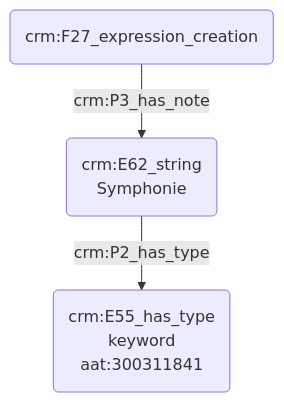
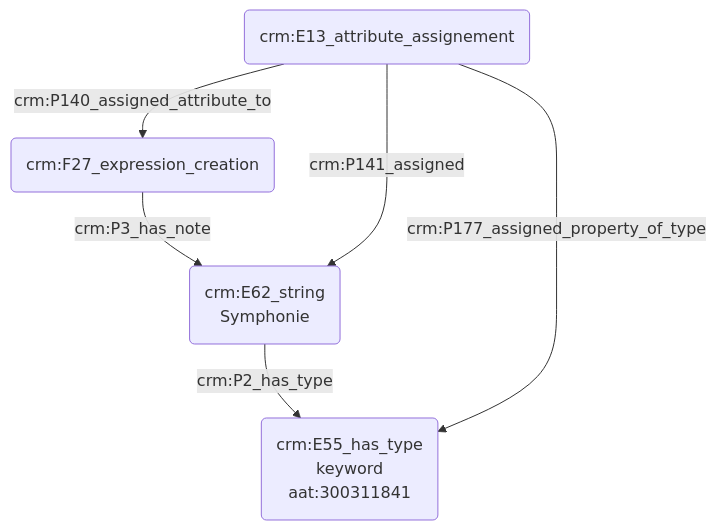
The diagram in modules/livrables/Dossier 2/Indexation conceptuelle/indexation d'une source avec un mot-clé.md (Amleth/consortium-musica2-gt2-ontologies), drawn with Mermaid before and after one commit. The commit also changed other lines of this file, not shown here.

Commit message:
Update indexation d'une source avec un mot-clé.md

````diff
--- a/modules/livrables/Dossier 2/Indexation conceptuelle/indexation d'une source avec un mot-clé.md
+++ b/modules/livrables/Dossier 2/Indexation conceptuelle/indexation d'une source avec un mot-clé.md
@@ -11,8 +11,11 @@
 ```mermaid
 graph TD;
 
 A(crm:F27_expression_creation) --> |crm:P3_has_note| B(crm:E62_string<br>Symphonie)
-
 B(crm:E62_string<br>Symphonie) --> |crm:P2_has_type| C(crm:E55_has_type<br>keyword<br>aat:300311841)
 
+D(crm:E13_attribute_assignement) --> |crm:P140_assigned_attribute_to| A(crm:F27_expression_creation)
+D(crm:E13_attribute_assignement) --> |crm:P141_assigned| B(crm:E62_string<br>Symphonie)
+D(crm:E13_attribute_assignement) --> |crm:P177_assigned_property_of_type| C(crm:E55_has_type<br>keyword<br>aat:300311841)
+
 ```
````
